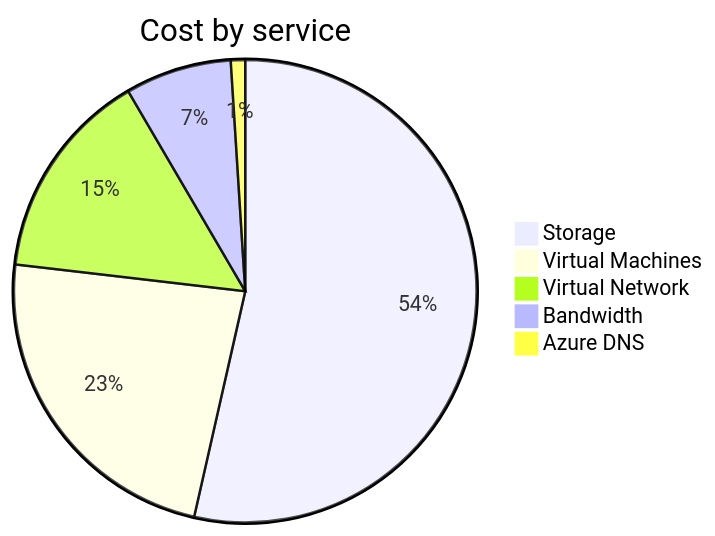
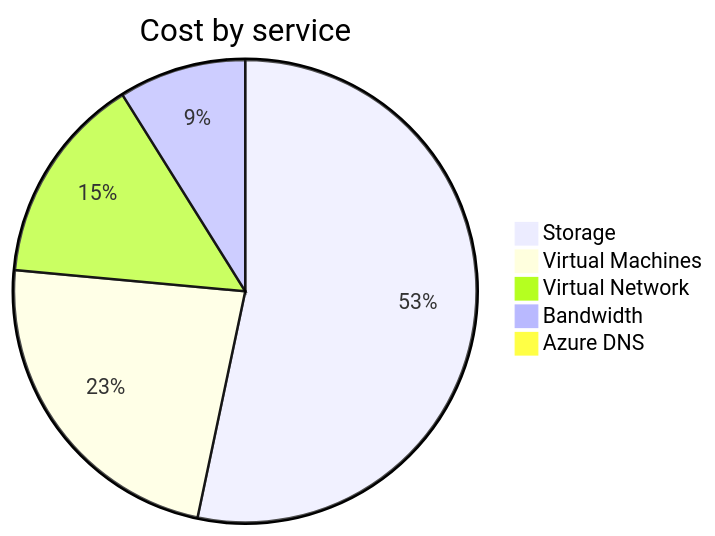
Before and after one commit to jpfulton/azure-personal-reports: the second of 4 diagrams in cost-reports/personal-network/README.md, drawn with Mermaid. The commit also changed other lines of this file and 8 other files, not shown here.

````diff
--- a/cost-reports/personal-network/README.md
+++ b/cost-reports/personal-network/README.md
@@ -97,9 +97,9 @@
 ```mermaid
 pie
    title Cost by service
-   "Storage" : 20.84
-   "Virtual Machines" : 9.07
-   "Virtual Network" : 5.73
-   "Bandwidth" : 2.89
-   "Azure DNS" : 0.39
+   "Storage" : 21.76
+   "Virtual Machines" : 9.45
+   "Virtual Network" : 5.98
+   "Bandwidth" : 3.63
+   "Azure DNS" : 0.40
 ```
````
